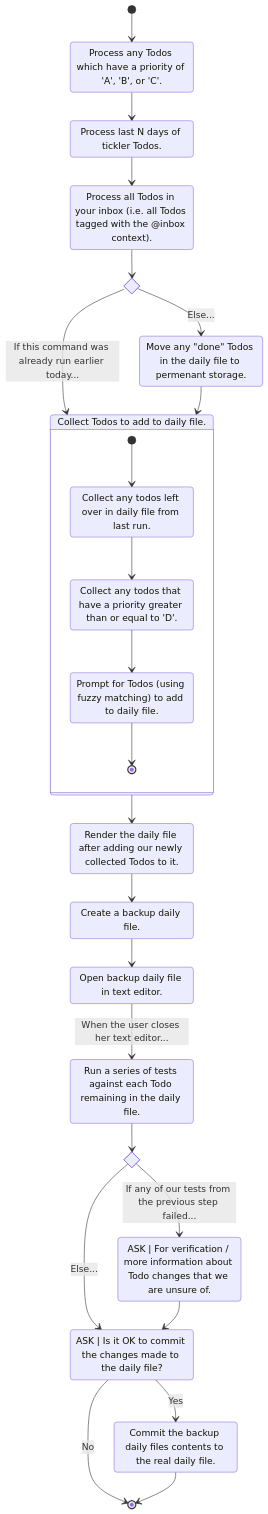
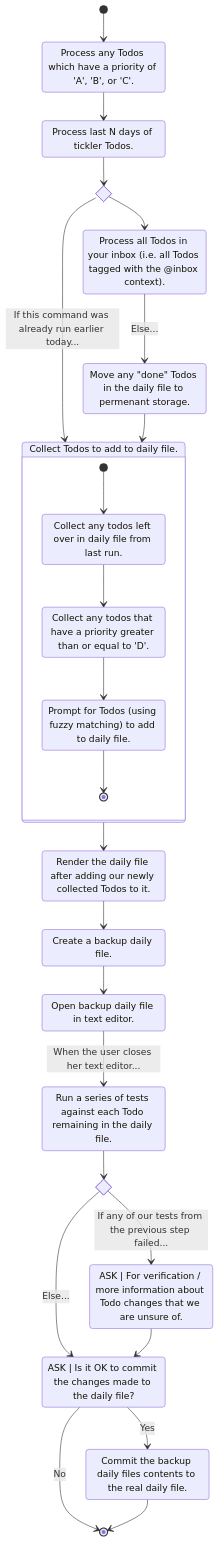
Before and after one commit to bbugyi200/greatday: the diagram in docs/design/design.template.md, drawn with Mermaid. The commit also changed 1 other file, not shown here.

Commit message:
Fix state diagram (only check inbox once)

````diff
--- a/docs/design/design.template.md
+++ b/docs/design/design.template.md
@@ -7,46 +7,46 @@
 ```mermaid
 stateDiagram-v2
     state if_run_today <<choice>>
     state if_daily_check_failed <<choice>>
 
     ABC_priority: Process any Todos which have a priority of 'A', 'B', or 'C'.
     check_daily_todos: Run a series of tests against each Todo remaining in the daily file.
     collect: Collect Todos to add to daily file.
     collect_fuzzy: Prompt for Todos (using fuzzy matching) to add to daily file.
     collect_leftover: Collect any todos left over in daily file from last run.
     collect_priority_B: Collect any todos that have a priority greater than or equal to 'D'.
     create_backup_daily: Create a backup daily file.
     edit_daily: Open backup daily file in text editor.
     inbox: Process all Todos in your inbox (i.e. all Todos tagged with the @inbox context).
     prompt_for_save: ASK | Is it OK to commit the changes made to the daily file?
     remove_done_todos: Move any "done" Todos in the daily file to permenant storage.
     render_daily: Render the daily file after adding our newly collected Todos to it.
     save_daily_file: Commit the backup daily files contents to the real daily file.
     tickle: Process last N days of tickler Todos.
     verify_daily_todos: ASK | For verification / more information about Todo changes that we are unsure of.
 
     [*] --> ABC_priority
     ABC_priority --> tickle
-    tickle --> inbox
-    inbox --> if_run_today
+    tickle --> if_run_today
     if_run_today --> collect: If this command was already run earlier today...
-    if_run_today --> remove_done_todos: Else...
+    if_run_today --> inbox
+    inbox --> remove_done_todos: Else...
     remove_done_todos --> collect
     state collect {
         [*] --> collect_leftover
         collect_leftover --> collect_priority_B
         collect_priority_B --> collect_fuzzy
         collect_fuzzy --> [*]
     }
     collect --> render_daily
     render_daily --> create_backup_daily
     create_backup_daily --> edit_daily
     edit_daily --> check_daily_todos: When the user closes her text editor...
     check_daily_todos --> if_daily_check_failed
     if_daily_check_failed --> verify_daily_todos: If any of our tests from the previous step failed...
     if_daily_check_failed --> prompt_for_save: Else...
     verify_daily_todos --> prompt_for_save
     prompt_for_save --> save_daily_file: Yes
     prompt_for_save --> [*]: No
     save_daily_file --> [*]
 ```
````
